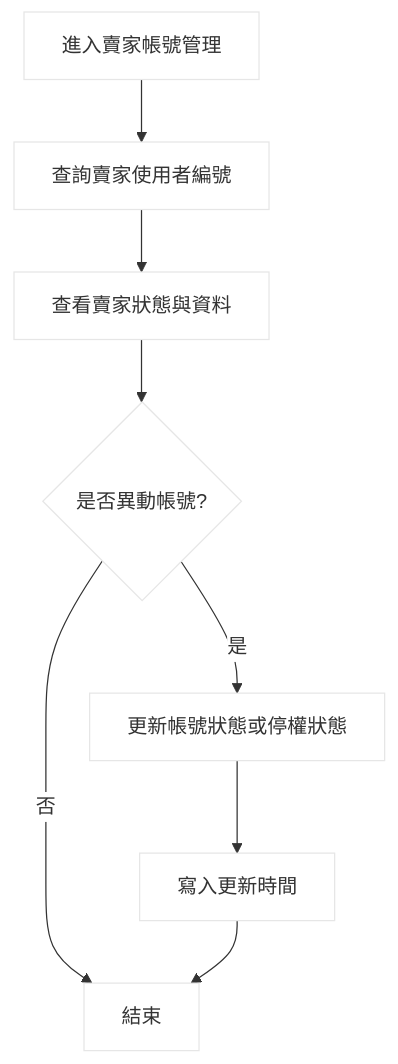
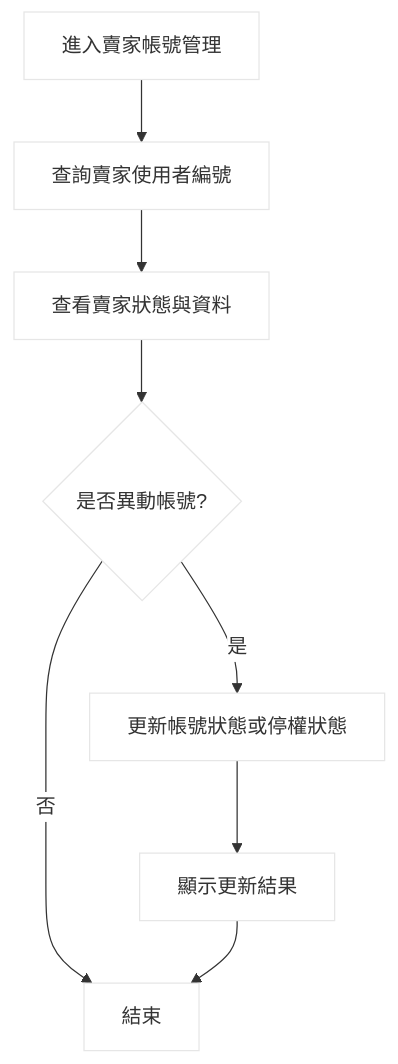
The third of 11 diagrams in 0427(改3).md (Bearrr-116/B11356021), drawn with Mermaid before and after one commit.

````diff
--- a/0427(改3).md
+++ b/0427(改3).md
@@ -102,11 +102,11 @@
 ```mermaid
 %%{init: {"theme":"base","themeVariables":{"primaryColor":"#ffffff","secondaryColor":"#ffffff","tertiaryColor":"#ffffff","mainBkg":"#ffffff","lineColor":"#333333","textColor":"#111111"}}}%%
 flowchart TD
     A[進入賣家帳號管理] --> B[查詢賣家使用者編號]
     B --> C[查看賣家狀態與資料]
     C --> D{是否異動帳號?}
     D -- 是 --> E[更新帳號狀態或停權狀態]
     D -- 否 --> F[結束]
-    E --> G[寫入更新時間]
+    E --> G[顯示更新結果]
     G --> F
 ```
````
